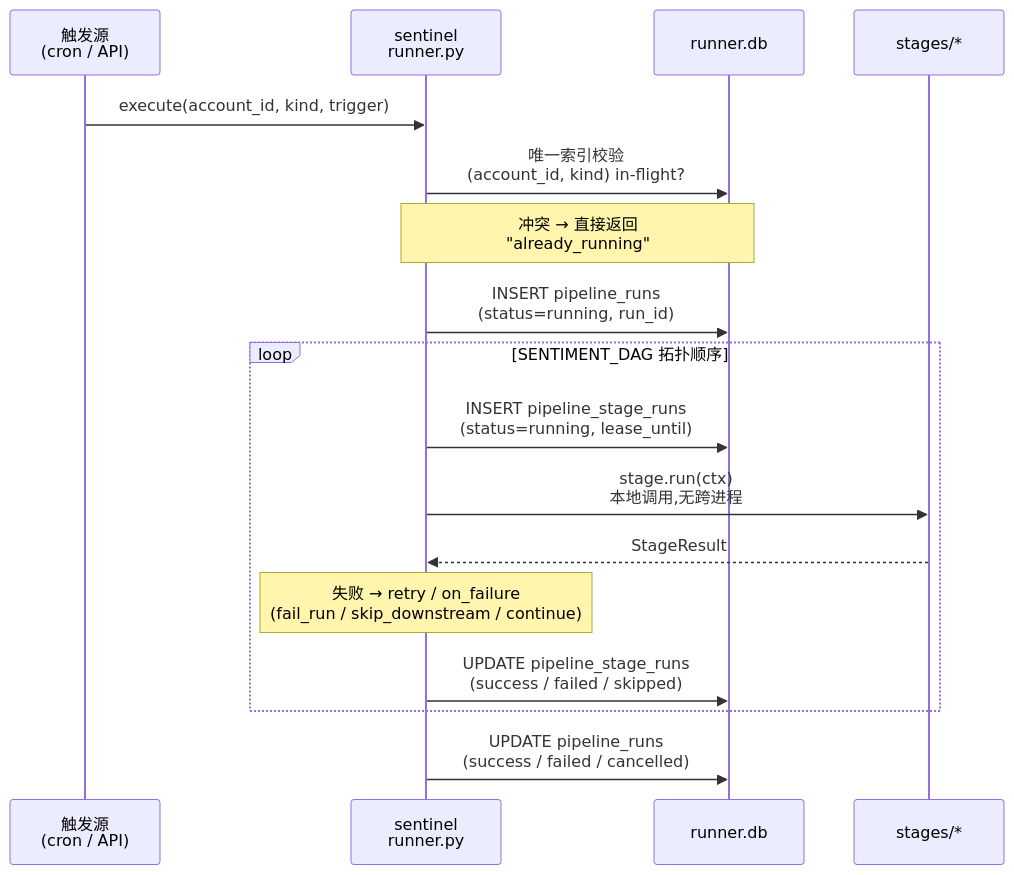
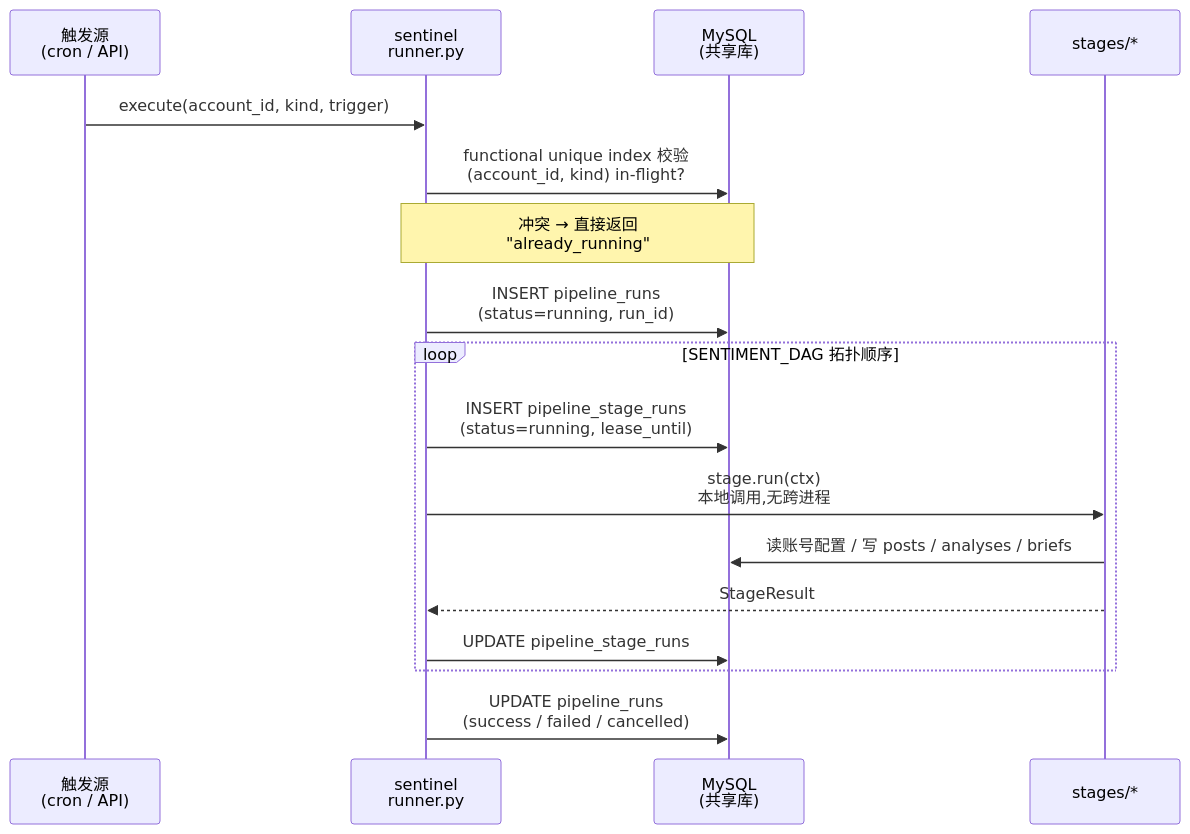
Before and after one commit to sr007-cxy/Vigilath: the third of 5 diagrams in services/sentinel-service/docs/sentiment-architecture-v2.md, drawn with Mermaid. The commit also changed other lines of this file and 4 other files, not shown here.

````diff
--- a/services/sentinel-service/docs/sentiment-architecture-v2.md
+++ b/services/sentinel-service/docs/sentiment-architecture-v2.md
@@ -146,20 +181,20 @@
 ```mermaid
 sequenceDiagram
     participant Trigger as 触发源<br/>(cron / API)
     participant Runner as sentinel<br/>runner.py
-    participant DB as runner.db
+    participant DB as MySQL<br/>(共享库)
     participant Stage as stages/*
 
     Trigger->>Runner: execute(account_id, kind, trigger)
-    Runner->>DB: 唯一索引校验<br/>(account_id, kind) in-flight?
+    Runner->>DB: functional unique index 校验<br/>(account_id, kind) in-flight?
     Note over Runner,DB: 冲突 → 直接返回<br/>"already_running"
     Runner->>DB: INSERT pipeline_runs<br/>(status=running, run_id)
     loop SENTIMENT_DAG 拓扑顺序
         Runner->>DB: INSERT pipeline_stage_runs<br/>(status=running, lease_until)
         Runner->>Stage: stage.run(ctx)<br/>本地调用,无跨进程
+        Stage->>DB: 读账号配置 / 写 posts / analyses / briefs
         Stage-->>Runner: StageResult
-        Note over Runner: 失败 → retry / on_failure<br/>(fail_run / skip_downstream / continue)
-        Runner->>DB: UPDATE pipeline_stage_runs<br/>(success / failed / skipped)
+        Runner->>DB: UPDATE pipeline_stage_runs
     end
     Runner->>DB: UPDATE pipeline_runs<br/>(success / failed / cancelled)
 ```
````
